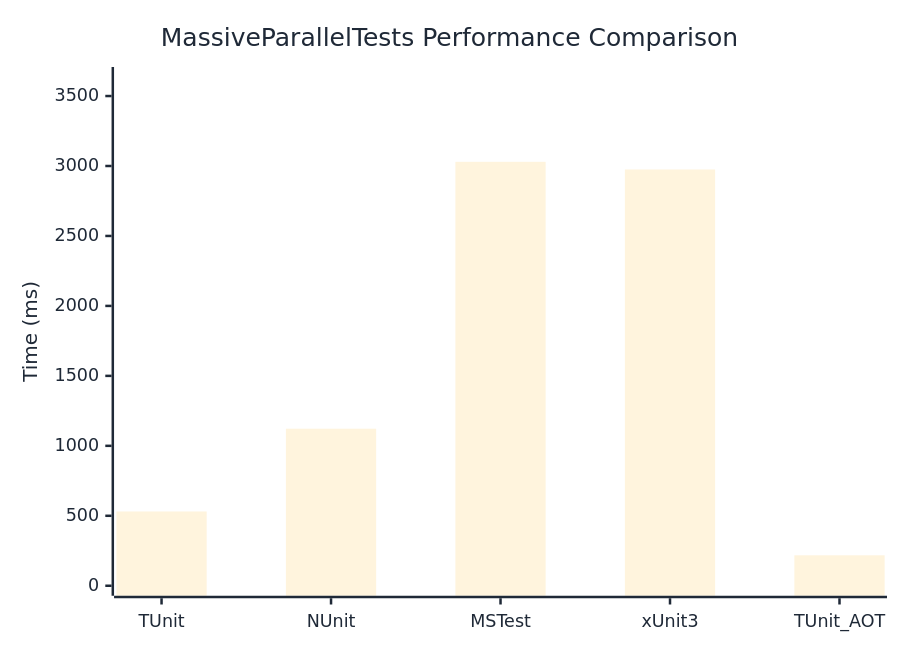
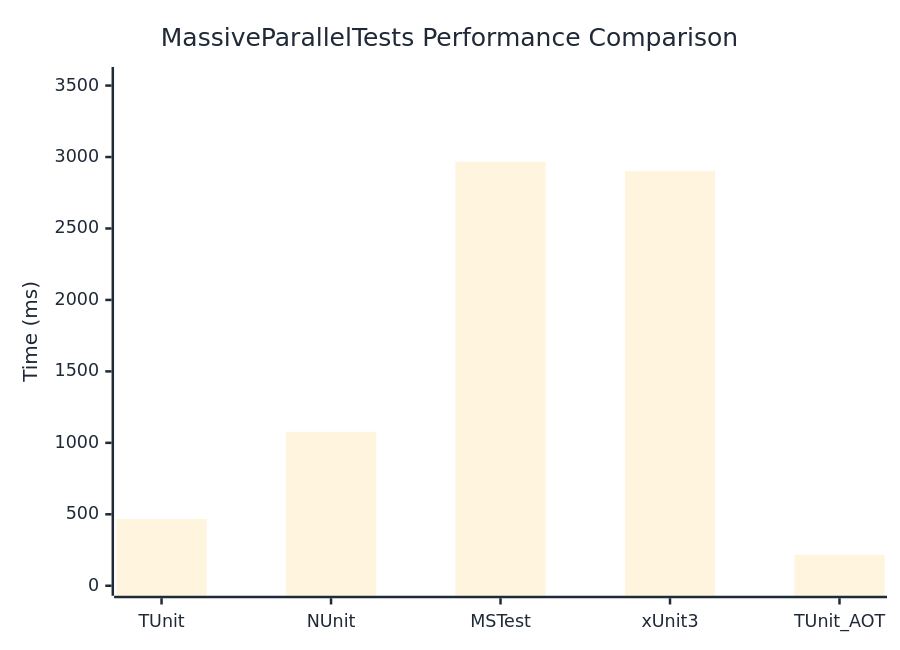
One commit to thomhurst/TUnit changed the diagram in docs/docs/benchmarks/engine/MassiveParallelTests.md. Above: the diagram before and after it, drawn with Mermaid. The commit also changed other lines of this file and 18 other files, not shown here.

````diff
--- a/docs/docs/benchmarks/engine/MassiveParallelTests.md
+++ b/docs/docs/benchmarks/engine/MassiveParallelTests.md
@@ -29,37 +29,37 @@
 ```mermaid
 %%{init: {
   'theme':'base',
   'themeVariables': {
     'primaryColor': '#2563eb',
     'primaryTextColor': '#1f2937',
     'primaryBorderColor': '#1e40af',
     'lineColor': '#6b7280',
     'secondaryColor': '#7c3aed',
     'tertiaryColor': '#dc2626',
     'background': '#ffffff',
     'mainBkg': '#2563eb',
     'secondBkg': '#7c3aed',
     'tertiaryBkg': '#dc2626',
     'clusterBkg': '#f3f4f6',
     'edgeLabelBackground': '#ffffff',
     'tertiaryTextColor': '#1f2937',
     'pie1': '#2563eb',
     'pie2': '#7c3aed',
     'pie3': '#dc2626',
     'pie4': '#f59e0b',
     'pie5': '#10b981',
     'pie6': '#06b6d4',
     'pie7': '#ec4899',
     'pie8': '#6366f1',
     'pie9': '#84cc16',
     'pie10': '#f97316',
     'pie11': '#14b8a6',
     'pie12': '#a855f7'
   }
 }}%%
 xychart-beta
   title "MassiveParallelTests Performance Comparison"
   x-axis ["TUnit", "NUnit", "MSTest", "xUnit3", "TUnit_AOT"]
-  y-axis "Time (ms)" 0 --> 3636
-  bar [530.9, 1122.5, 3029.7, 2975.1, 217.5]
+  y-axis "Time (ms)" 0 --> 3560
+  bar [467.5, 1077.2, 2966.3, 2902.4, 217.2]
 ```
````
